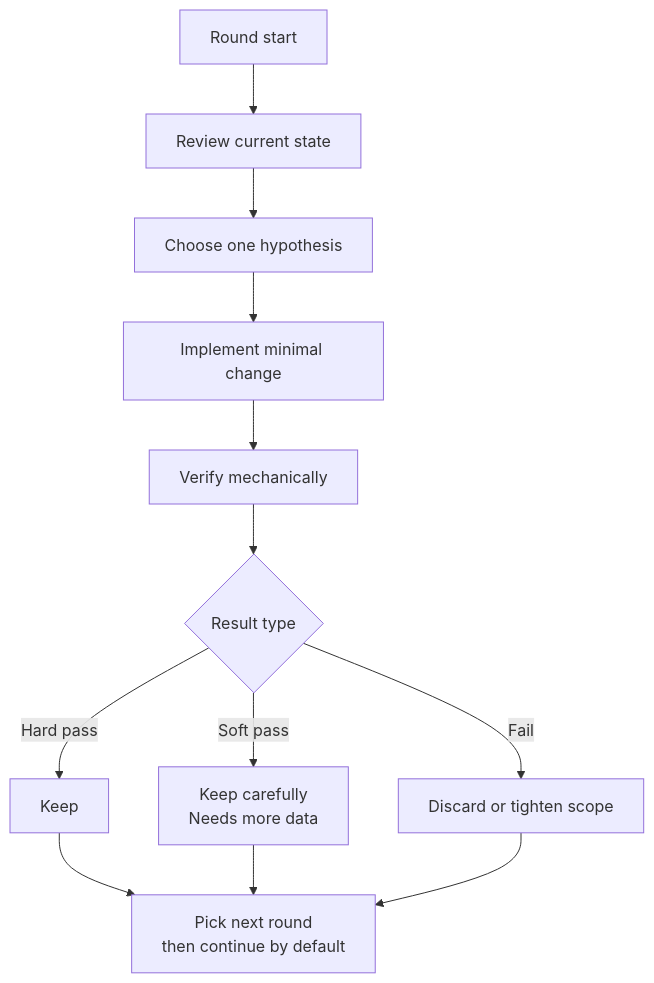
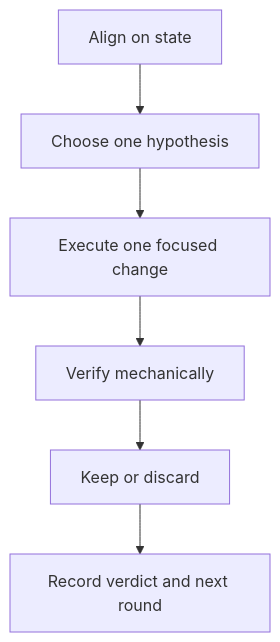
One commit to waterme7on/superloop changed the fourth of 4 diagrams in references/visual-map.md. Above: the diagram before and after it, drawn with Mermaid. The commit also changed other lines of this file and 10 other files, not shown here.

````diff
--- a/references/visual-map.md
+++ b/references/visual-map.md
@@ -67,14 +50,8 @@
 ```mermaid
 flowchart TD
-    R1["Round start"] --> R2["Review current state"]
-    R2 --> R3["Choose one hypothesis"]
-    R3 --> R4["Implement minimal change"]
-    R4 --> R5["Verify mechanically"]
-    R5 --> R6{"Result type"}
-    R6 -- "Hard pass" --> R7["Keep"]
-    R6 -- "Soft pass" --> R8["Keep carefully\nNeeds more data"]
-    R6 -- "Fail" --> R9["Discard or tighten scope"]
-    R7 --> R10["Pick next round\nthen continue by default"]
-    R8 --> R10
-    R9 --> R10
+    R1["Align on state"] --> R2["Choose one hypothesis"]
+    R2 --> R3["Execute one focused change"]
+    R3 --> R4["Verify mechanically"]
+    R4 --> R5["Keep or discard"]
+    R5 --> R6["Record verdict and next round"]
 ```
````
